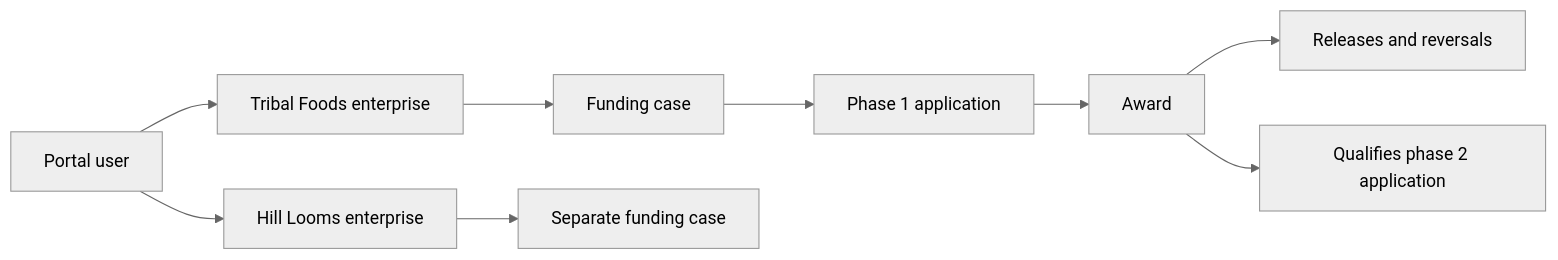
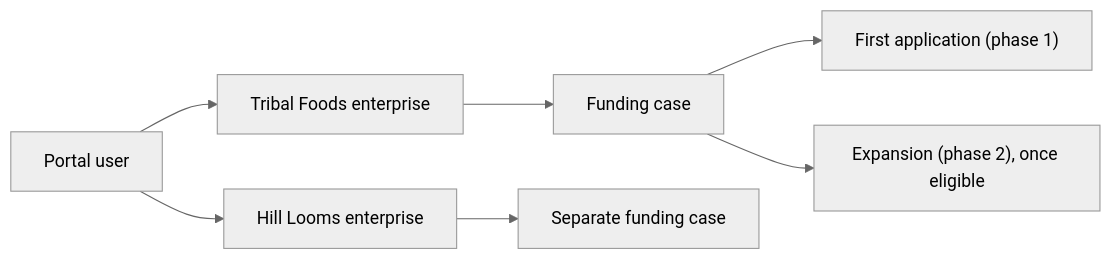
Before and after one commit to kuchuk-borom-debbarma/seb-backend: the first of 5 diagrams in docs/application-guide.md, drawn with Mermaid (neutral theme). The commit also changed other lines of this file and 15 other files, not shown here.

````diff
--- a/docs/application-guide.md
+++ b/docs/application-guide.md
@@ -46,11 +61,9 @@
 ```mermaid
 flowchart LR
   U["Portal user"] --> E1["Tribal Foods enterprise"]
   U --> E2["Hill Looms enterprise"]
   E1 --> C1["Funding case"]
-  C1 --> A1["Phase 1 application"]
-  A1 --> W1["Award"]
-  W1 --> L1["Releases and reversals"]
-  W1 --> A2["Qualifies phase 2 application"]
+  C1 --> A1["First application (phase 1)"]
+  C1 --> A2["Expansion (phase 2), once eligible"]
   E2 --> C2["Separate funding case"]
 ```
````
